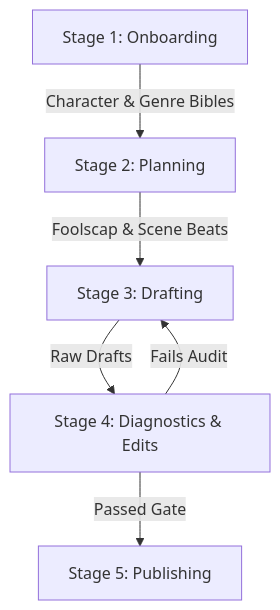
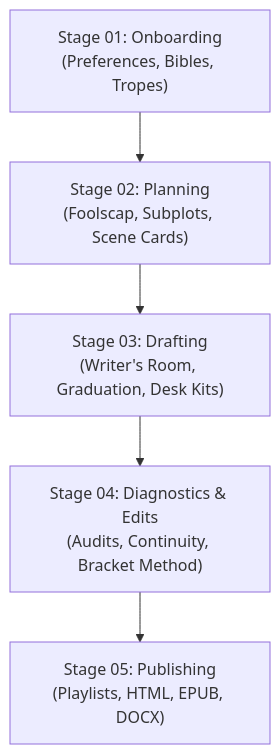
One commit to richardelder2/Soundingboard changed the diagram in SOUNDINGBOARD_OVERVIEW.md. Above: the diagram before and after it, drawn with Mermaid. The commit also changed other lines of this file, not shown here.

Commit message:
docs: update SOUNDINGBOARD_OVERVIEW.md for Soundingboard 2.0 author-paced architecture

````diff
--- a/SOUNDINGBOARD_OVERVIEW.md
+++ b/SOUNDINGBOARD_OVERVIEW.md
@@ -16,8 +83,7 @@
 ```mermaid
 graph TD
-    S1[Stage 1: Onboarding] -->|Character & Genre Bibles| S2[Stage 2: Planning]
-    S2 -->|Foolscap & Scene Beats| S3[Stage 3: Drafting]
-    S3 -->|Raw Drafts| S4[Stage 4: Diagnostics & Edits]
-    S4 -->|Passed Gate| S5[Stage 5: Publishing]
-    S4 -->|Fails Audit| S3
+    S1["Stage 01: Onboarding<br/>(Preferences, Bibles, Tropes)"] --> S2["Stage 02: Planning<br/>(Foolscap, Subplots, Scene Cards)"]
+    S2 --> S3["Stage 03: Drafting<br/>(Writer's Room, Graduation, Desk Kits)"]
+    S3 --> S4["Stage 04: Diagnostics & Edits<br/>(Audits, Continuity, Bracket Method)"]
+    S4 --> S5["Stage 05: Publishing<br/>(Playlists, HTML, EPUB, DOCX)"]
 ```
````
